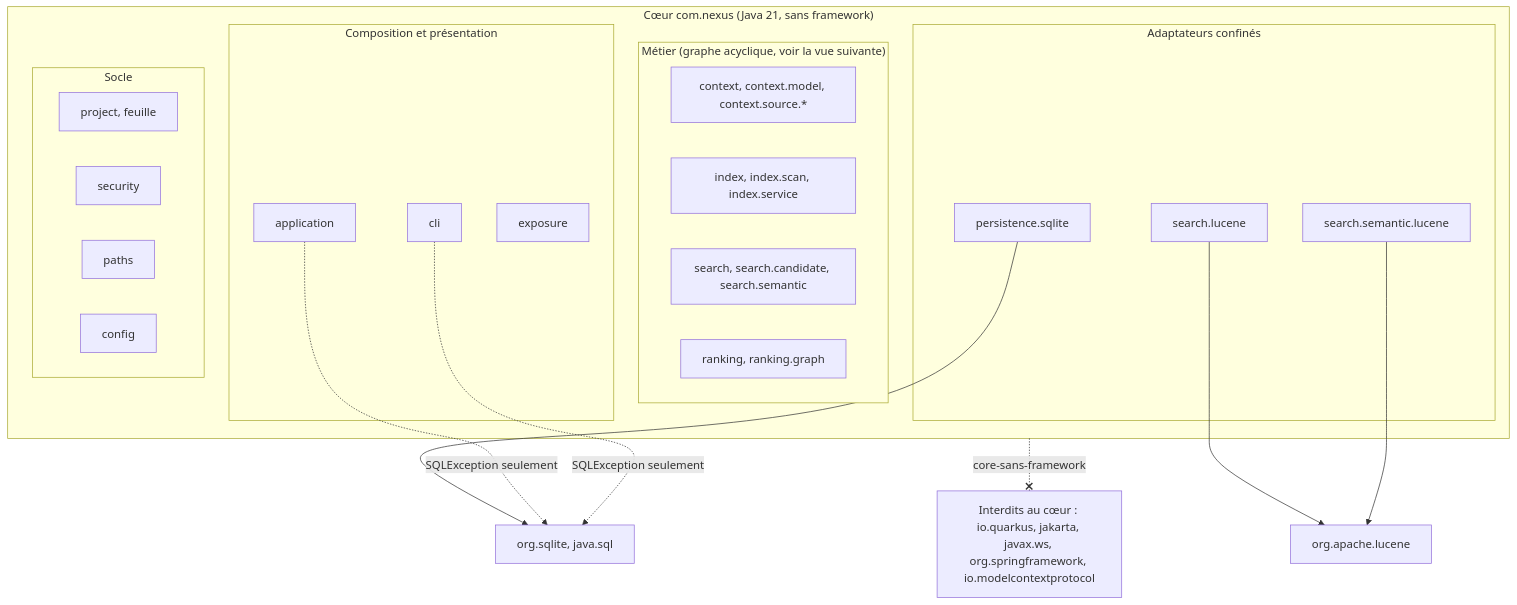
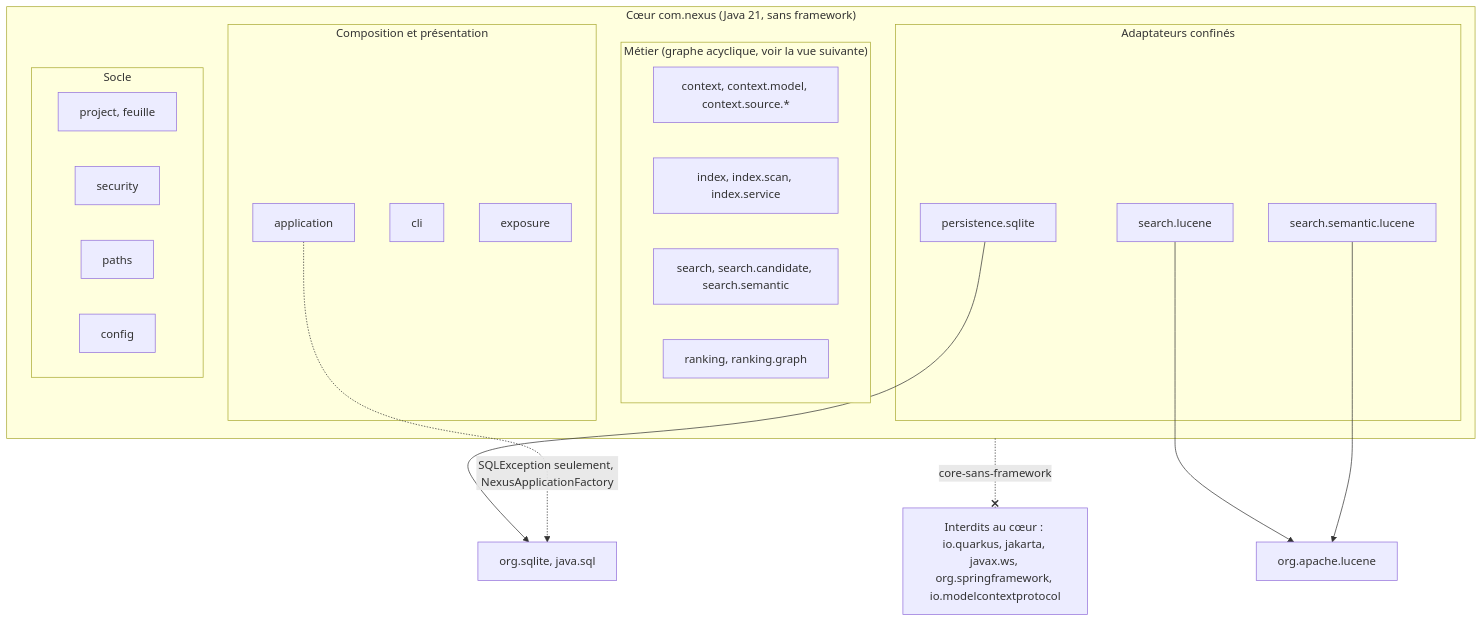
One commit to FTurleque/nexus-context-engine changed the first of 3 diagrams in docs/developer/architecture-implementation.md. Above: the diagram before and after it, drawn with Mermaid. The commit also changed other lines of this file and 9 other files, not shown here.

First line of the commit message:
refactor(application): gabarit unique de lecture cohérente et façade sans JDBC

````diff
--- a/docs/developer/architecture-implementation.md
+++ b/docs/developer/architecture-implementation.md
@@ -289,38 +289,37 @@
 ```mermaid
 flowchart TB
     FW["Interdits au cœur : io.quarkus, jakarta, javax.ws, org.springframework, io.modelcontextprotocol"]
     JDBC["org.sqlite, java.sql"]
     LUC["org.apache.lucene"]
 
     subgraph Coeur["Cœur com.nexus (Java 21, sans framework)"]
         subgraph Facade["Composition et présentation"]
             application["application"]
             cli["cli"]
             exposure["exposure"]
         end
         subgraph Metier["Métier (graphe acyclique, voir la vue suivante)"]
             context["context, context.model, context.source.*"]
             index["index, index.scan, index.service"]
             search["search, search.candidate, search.semantic"]
             ranking["ranking, ranking.graph"]
         end
         subgraph Confines["Adaptateurs confinés"]
             sqlite["persistence.sqlite"]
             lucene["search.lucene"]
             semlucene["search.semantic.lucene"]
         end
         subgraph Socle["Socle"]
             project["project, feuille"]
             security["security"]
             paths["paths"]
             config["config"]
         end
     end
 
     sqlite --> JDBC
     lucene --> LUC
     semlucene --> LUC
-    application -.->|SQLException seulement| JDBC
-    cli -.->|SQLException seulement| JDBC
+    application -.->|SQLException seulement, NexusApplicationFactory| JDBC
     Coeur -.-x|core-sans-framework| FW
 ```
````
